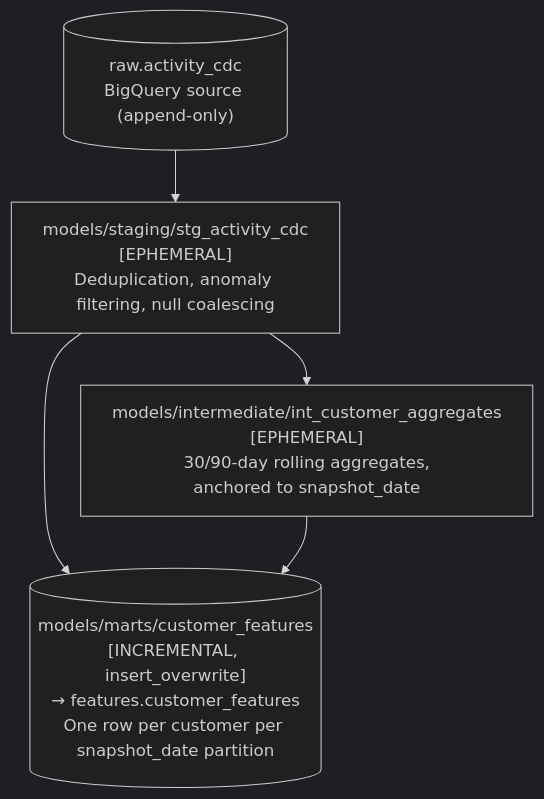
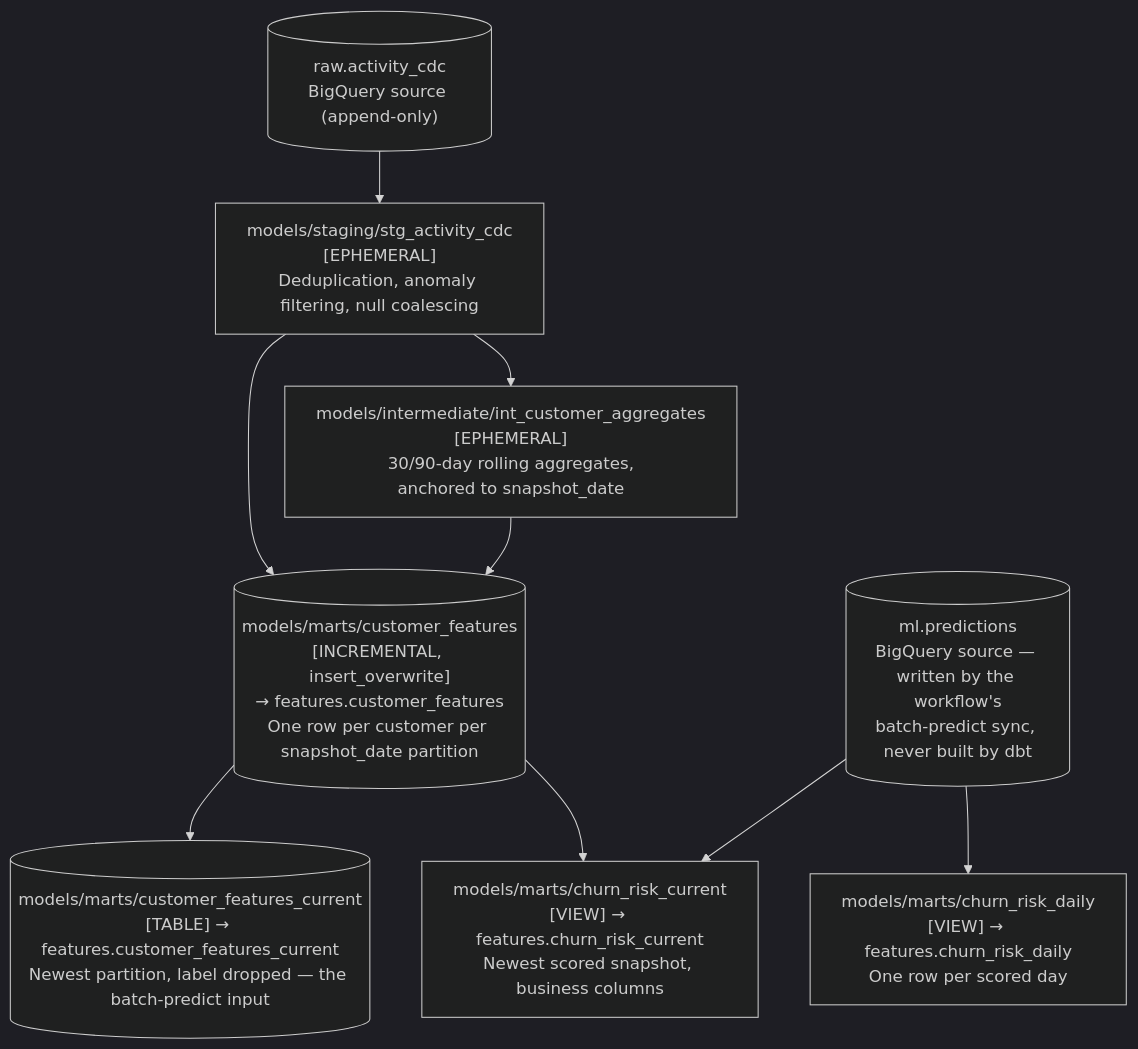
One commit to marcopellegrinoit/gcp-mlops-customer-churn changed the first of 2 diagrams in docs/data-lifecycle.md. Above: the diagram before and after it, drawn with Mermaid (dark theme). The commit also changed other lines of this file and 124 other files, not shown here.

````diff
--- a/docs/data-lifecycle.md
+++ b/docs/data-lifecycle.md
@@ -122,12 +126,20 @@
 ```mermaid
 flowchart TD
     RAW[("raw.activity_cdc<br/>BigQuery source (append-only)")]
     STG["models/staging/stg_activity_cdc<br/>[EPHEMERAL]<br/>Deduplication, anomaly filtering, null coalescing"]
     INT["models/intermediate/int_customer_aggregates<br/>[EPHEMERAL]<br/>30/90-day rolling aggregates,<br/>anchored to snapshot_date"]
     MART[("models/marts/customer_features<br/>[INCREMENTAL, insert_overwrite]<br/>→ features.customer_features<br/>One row per customer per snapshot_date partition")]
+    CUR[("models/marts/customer_features_current<br/>[TABLE] → features.customer_features_current<br/>Newest partition, label dropped — the batch-predict input")]
+    PRED[("ml.predictions<br/>BigQuery source — written by the workflow's<br/>batch-predict sync, never built by dbt")]
+    DASH1["models/marts/churn_risk_current<br/>[VIEW] → features.churn_risk_current<br/>Newest scored snapshot, business columns"]
+    DASH2["models/marts/churn_risk_daily<br/>[VIEW] → features.churn_risk_daily<br/>One row per scored day"]
 
     RAW --> STG
     STG --> INT
     STG --> MART
     INT --> MART
+    MART --> CUR
+    MART --> DASH1
+    PRED --> DASH1
+    PRED --> DASH2
 ```
````
